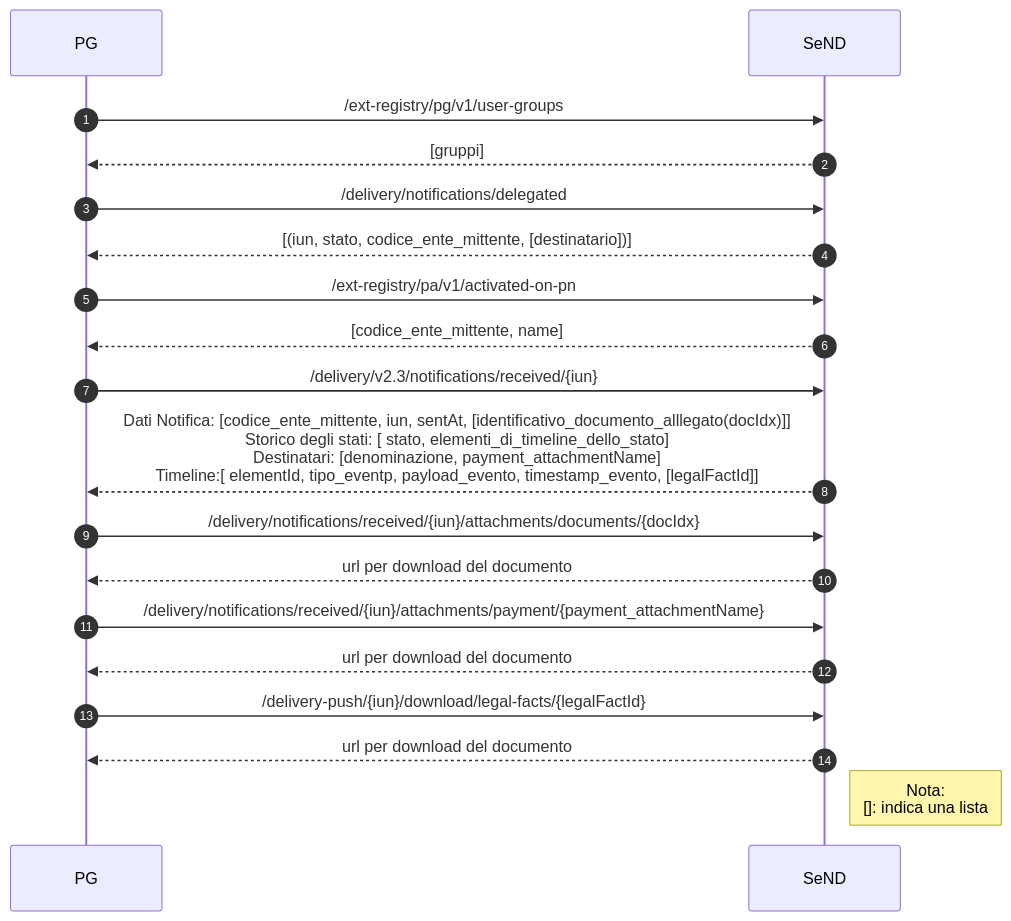
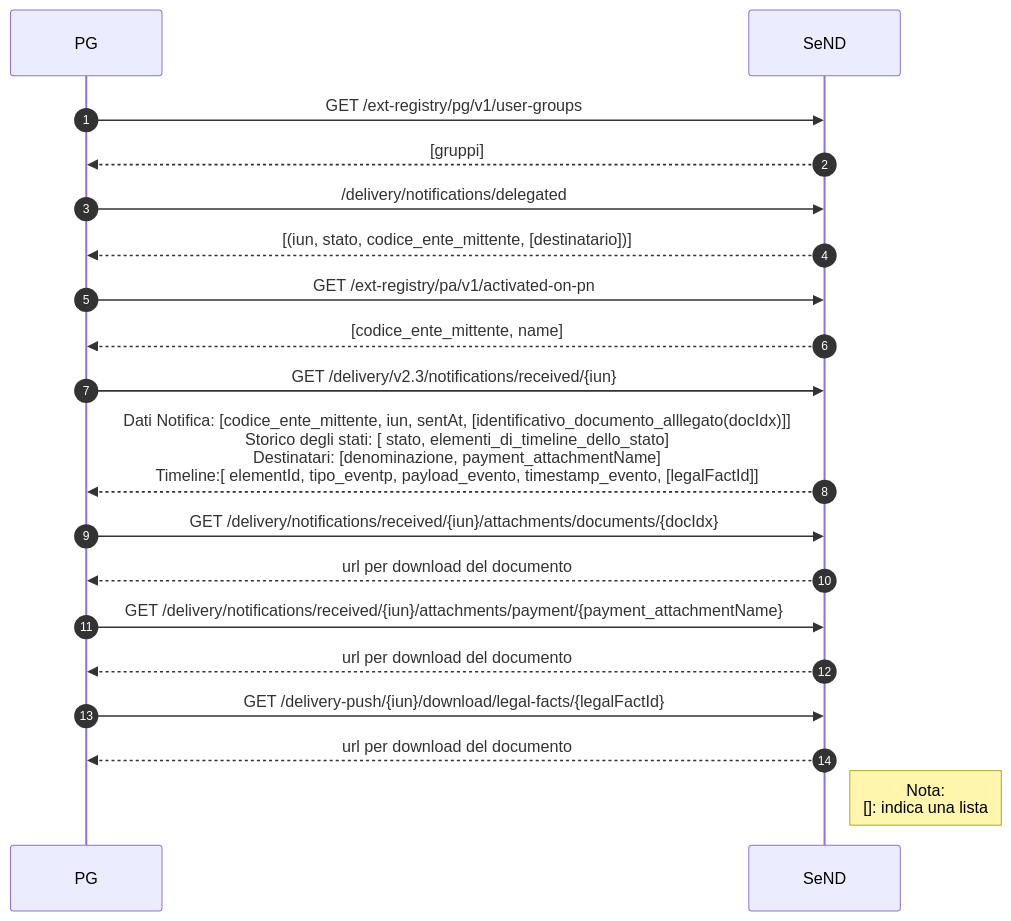
One commit to pagopa/pn-delivery changed the diagram in docs/openapi/images/pg.mmd. Above: the diagram before and after it, drawn with Mermaid. The commit also changed 1 other file, not shown here.

```diff
--- a/docs/openapi/images/pg.mmd
+++ b/docs/openapi/images/pg.mmd
@@ -1,23 +1,23 @@
 sequenceDiagram
     autonumber
-    PG->>SeND:  /ext-registry/pg/v1/user-groups
+    PG->>SeND:  GET /ext-registry/pg/v1/user-groups
     SeND-->>PG: [gruppi]
     PG->>SeND:  /delivery/notifications/delegated
     SeND-->>PG: [(iun, stato, codice_ente_mittente, [destinatario])]
-    PG ->>SeND: /ext-registry/pa/v1/activated-on-pn
+    PG ->>SeND: GET /ext-registry/pa/v1/activated-on-pn
     SeND-->>PG: [codice_ente_mittente, name]
 
-    PG ->>SeND: /delivery/v2.3/notifications/received/{iun}
+    PG ->>SeND: GET /delivery/v2.3/notifications/received/{iun}
     SeND-->>PG: Dati Notifica: [codice_ente_mittente, iun, sentAt, [identificativo_documento_alllegato(docIdx)]]<br> Storico degli stati: [ stato, elementi_di_timeline_dello_stato] <br>Destinatari: [denominazione, payment_attachmentName] <br> Timeline:[ elementId, tipo_eventp, payload_evento, timestamp_evento, [legalFactId]]  
   
 
 
 
 
-    PG ->>SeND:  /delivery/notifications/received/{iun}/attachments/documents/{docIdx}
+    PG ->>SeND: GET /delivery/notifications/received/{iun}/attachments/documents/{docIdx}
     SeND-->>PG: url per download del documento
-    PG ->>SeND: /delivery/notifications/received/{iun}/attachments/payment/{payment_attachmentName}
+    PG ->>SeND: GET /delivery/notifications/received/{iun}/attachments/payment/{payment_attachmentName}
     SeND-->>PG: url per download del documento
-    PG ->>SeND: /delivery-push/{iun}/download/legal-facts/{legalFactId}
+    PG ->>SeND: GET /delivery-push/{iun}/download/legal-facts/{legalFactId}
     SeND-->>PG: url per download del documento
     Note right of SeND: Nota:  <br/> []: indica una lista 
```
